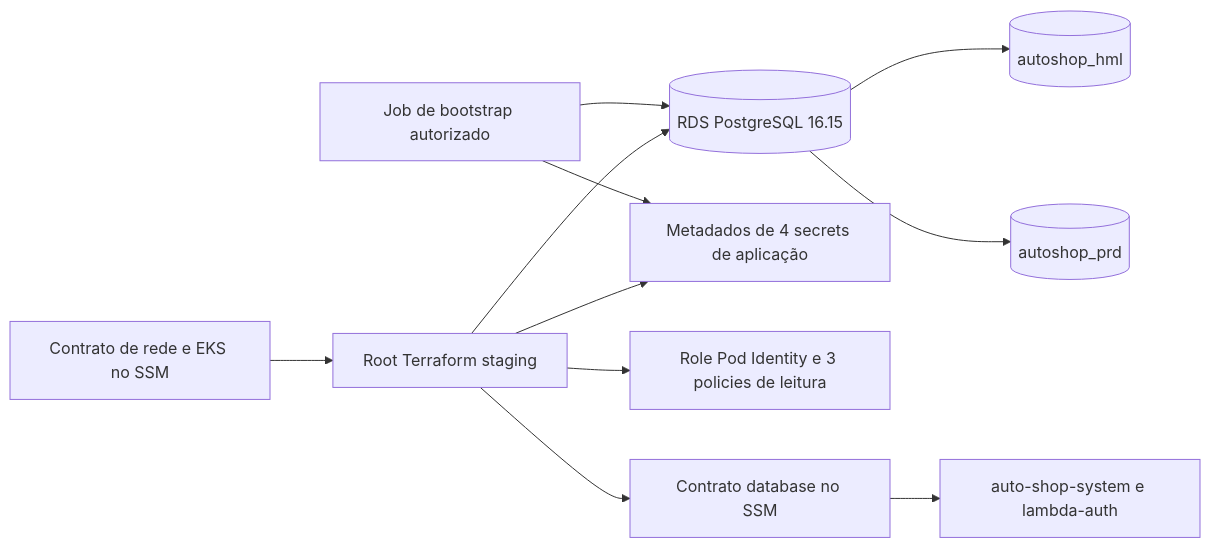
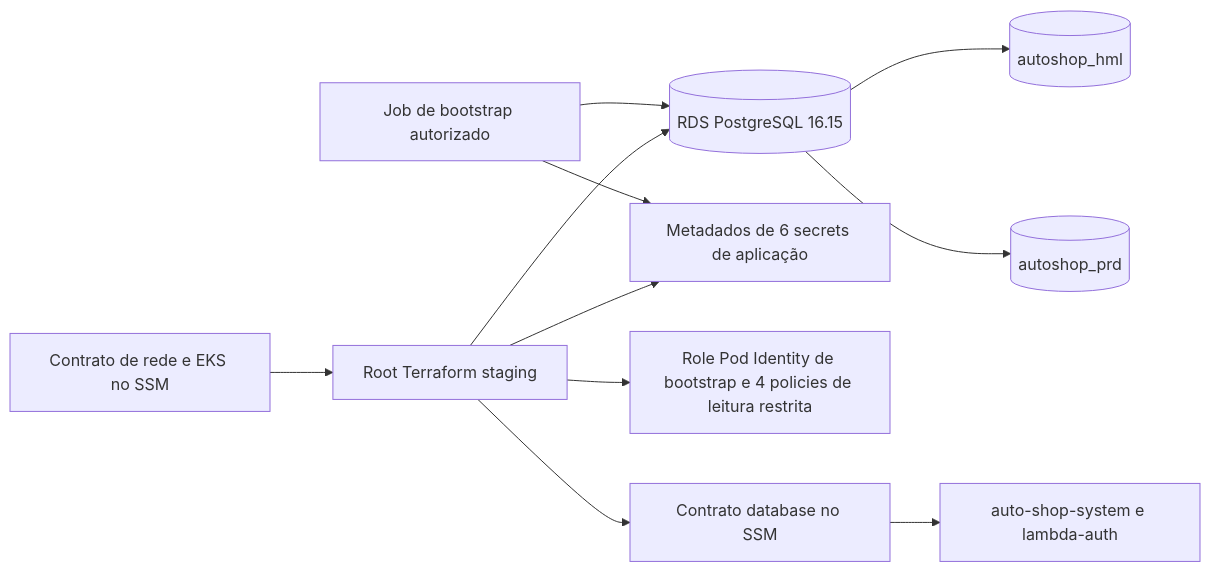
The diagram in README.md (Software-Architecture-Group-7-FIAP/database-infra), drawn with Mermaid before and after one commit. The commit also changed other lines of this file and 23 other files, not shown here.

````diff
--- a/README.md
+++ b/README.md
@@ -23,13 +23,13 @@
 ```mermaid
 flowchart LR
   Network[Contrato de rede e EKS no SSM] --> Root[Root Terraform staging]
   Root --> RDS[(RDS PostgreSQL 16.15)]
   RDS --> HML[(autoshop_hml)]
   RDS --> PRD[(autoshop_prd)]
-  Root --> Secrets[Metadados de 4 secrets de aplicação]
-  Root --> IAM[Role Pod Identity e 3 policies de leitura]
+  Root --> Secrets[Metadados de 6 secrets de aplicação]
+  Root --> IAM[Role Pod Identity de bootstrap e 4 policies de leitura restrita]
   Root --> SSM[Contrato database no SSM]
   Bootstrap[Job de bootstrap autorizado] --> RDS
   Bootstrap --> Secrets
   SSM --> Apps[auto-shop-system e lambda-auth]
 ```
````
